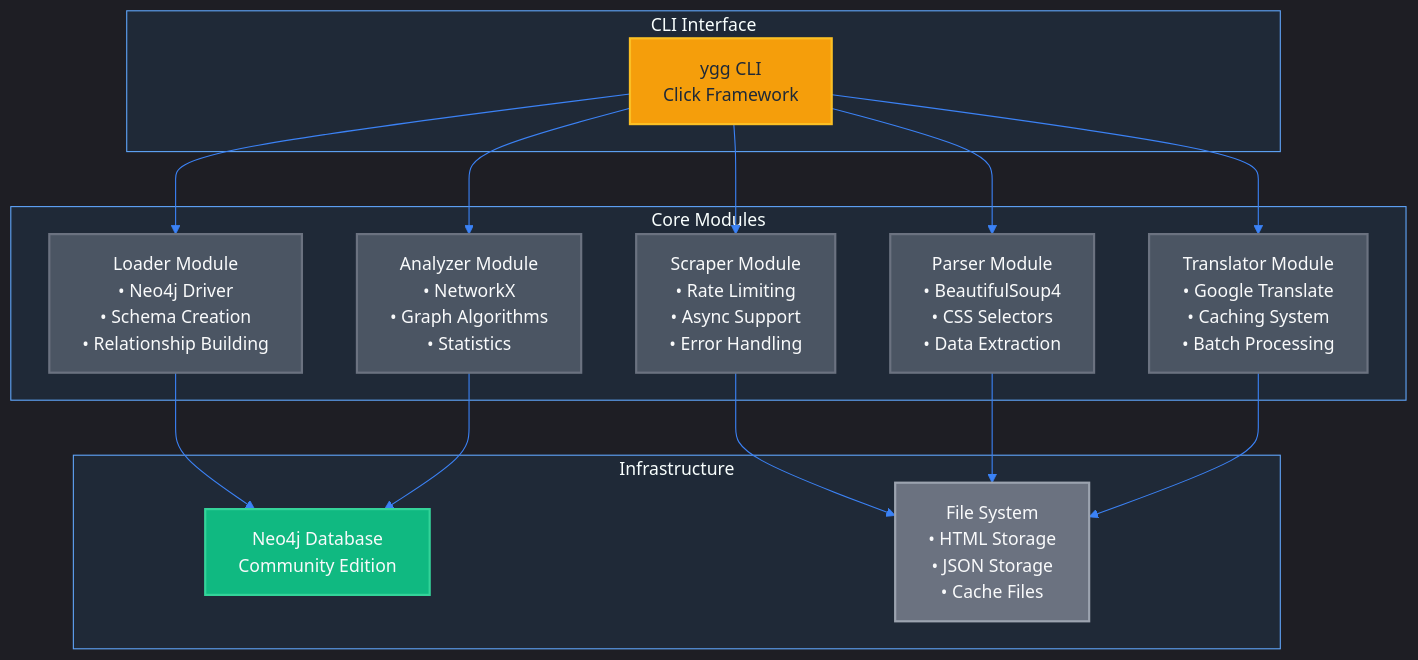
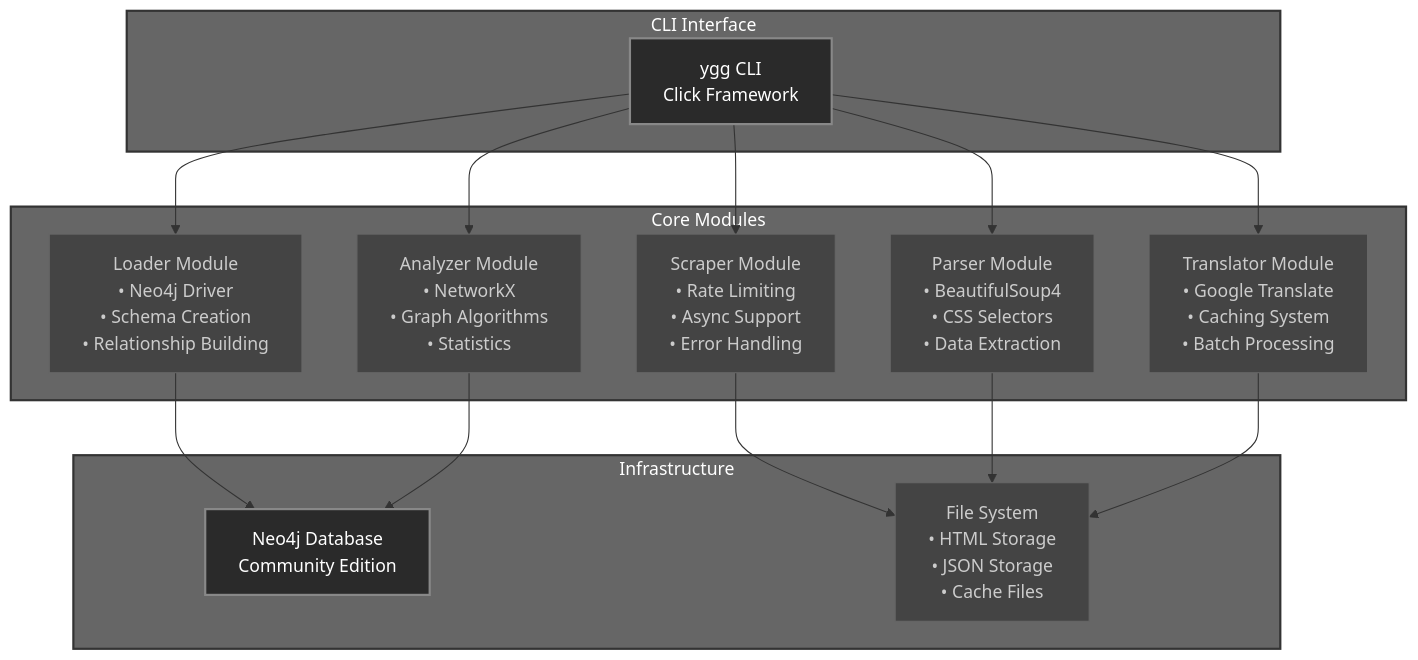
The third of 5 diagrams in CLAUDE.md (Ricoledan/digimon-knowledge-graph), drawn with Mermaid before and after one commit. The commit also changed other lines of this file, not shown here.

Commit message:
add diagrams

````diff
--- a/CLAUDE.md
+++ b/CLAUDE.md
@@ -198,42 +201,43 @@
 ```mermaid
-%%{init: {'theme':'dark', 'themeVariables': { 'primaryColor':'#1f2937', 'primaryTextColor':'#f9fafb', 'primaryBorderColor':'#60a5fa', 'lineColor':'#3b82f6', 'secondaryColor':'#059669', 'tertiaryColor':'#374151', 'background':'#111827', 'mainBkg':'#1f2937', 'secondBkg':'#374151', 'tertiaryBkg':'#4b5563', 'primaryBorderColor':'#60a5fa', 'secondaryBorderColor':'#10b981', 'tertiaryBorderColor':'#6366f1', 'clusterBkg':'#1f2937', 'clusterBorder':'#60a5fa', 'fontFamily':'monospace'}}}%%
 graph TB
     subgraph CI["CLI Interface"]
         CLI[ygg CLI<br/>Click Framework]
     end
     
     subgraph CM["Core Modules"]
         SCR[Scraper Module<br/>• Rate Limiting<br/>• Async Support<br/>• Error Handling]
         PRS[Parser Module<br/>• BeautifulSoup4<br/>• CSS Selectors<br/>• Data Extraction]
         TRN[Translator Module<br/>• Google Translate<br/>• Caching System<br/>• Batch Processing]
         LDR[Loader Module<br/>• Neo4j Driver<br/>• Schema Creation<br/>• Relationship Building]
         ANL[Analyzer Module<br/>• NetworkX<br/>• Graph Algorithms<br/>• Statistics]
     end
     
     subgraph IN["Infrastructure"]
         NEO[Neo4j Database<br/>Community Edition]
         FS[File System<br/>• HTML Storage<br/>• JSON Storage<br/>• Cache Files]
     end
     
     CLI --> SCR
     CLI --> PRS
     CLI --> TRN
     CLI --> LDR
     CLI --> ANL
     
     SCR --> FS
     PRS --> FS
     TRN --> FS
     LDR --> NEO
     ANL --> NEO
     
-    classDef cli fill:#f59e0b,stroke:#fbbf24,stroke-width:2px,color:#1f2937
-    classDef neo fill:#10b981,stroke:#34d399,stroke-width:2px,color:#f9fafb
-    classDef module fill:#4b5563,stroke:#6b7280,stroke-width:2px,color:#f9fafb
-    classDef files fill:#6b7280,stroke:#9ca3af,stroke-width:2px,color:#f9fafb
-    
-    class CLI cli
-    class NEO neo
-    class SCR,PRS,TRN,LDR,ANL module
-    class FS files
+    style CI fill:#666,stroke:#333,stroke-width:2px,color:#fff
+    style CM fill:#666,stroke:#333,stroke-width:2px,color:#fff
+    style IN fill:#666,stroke:#333,stroke-width:2px,color:#fff
+    style CLI fill:#2a2a2a,stroke:#888,stroke-width:2px,color:#fff
+    style SCR fill:#444,stroke:#666,stroke-width:1px,color:#ccc
+    style PRS fill:#444,stroke:#666,stroke-width:1px,color:#ccc
+    style TRN fill:#444,stroke:#666,stroke-width:1px,color:#ccc
+    style LDR fill:#444,stroke:#666,stroke-width:1px,color:#ccc
+    style ANL fill:#444,stroke:#666,stroke-width:1px,color:#ccc
+    style NEO fill:#2a2a2a,stroke:#888,stroke-width:2px,color:#fff
+    style FS fill:#444,stroke:#666,stroke-width:1px,color:#ccc
 ```
````
